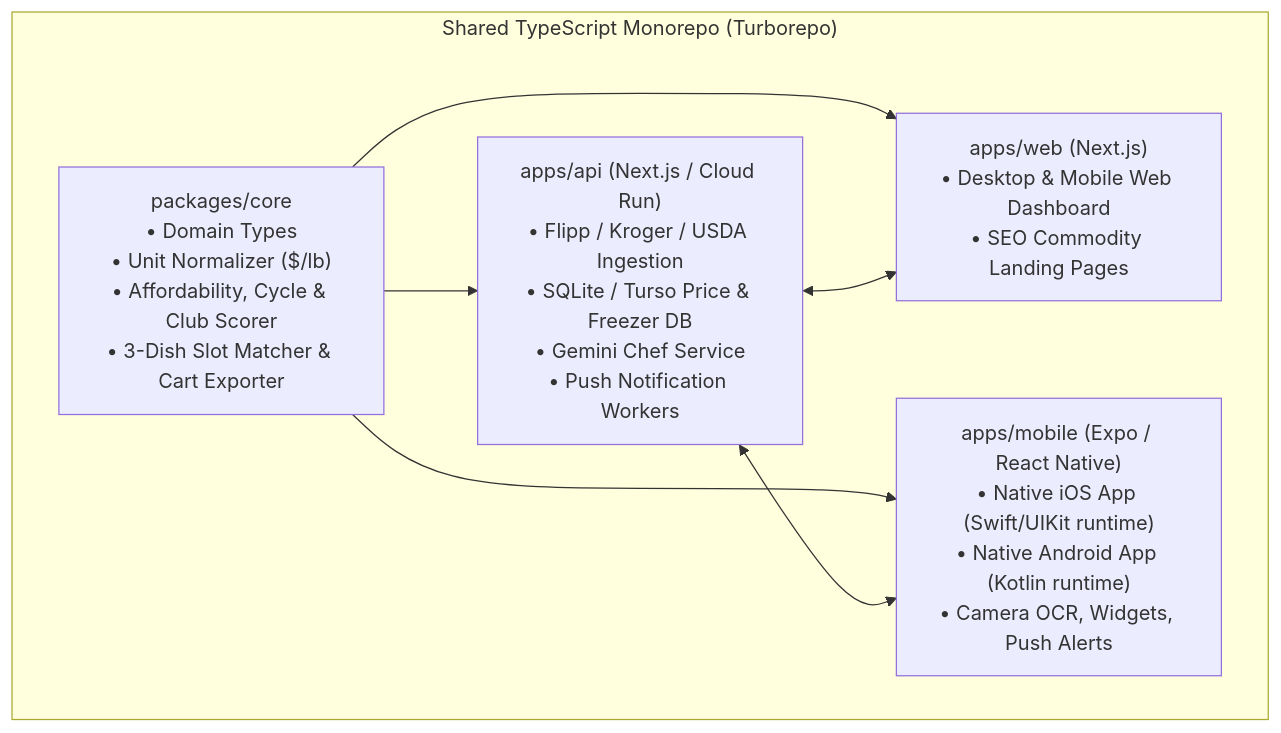
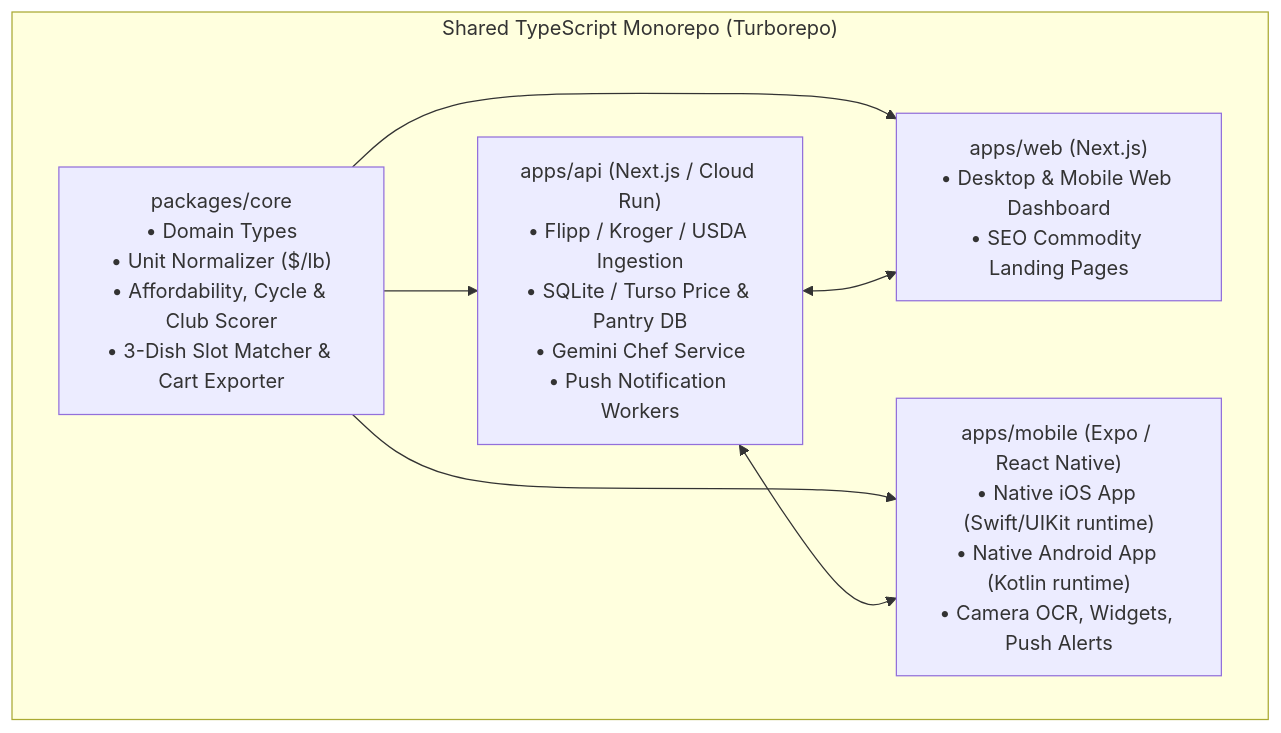
The second of 2 diagrams in docs/wiki/Long-Term-Mobile-and-Expansion-Roadmap.md (kchavez05/produce-price-tracker), drawn with Mermaid before and after one commit. The commit also changed other lines of this file and 42 other files, not shown here.

````diff
--- a/docs/wiki/Long-Term-Mobile-and-Expansion-Roadmap.md
+++ b/docs/wiki/Long-Term-Mobile-and-Expansion-Roadmap.md
@@ -51,15 +51,15 @@
 ```mermaid
 flowchart TD
     subgraph Monorepo["Shared TypeScript Monorepo (Turborepo)"]
         Core["packages/core\n• Domain Types\n• Unit Normalizer ($/lb)\n• Affordability, Cycle & Club Scorer\n• 3-Dish Slot Matcher & Cart Exporter"]
-        API["apps/api (Next.js / Cloud Run)\n• Flipp / Kroger / USDA Ingestion\n• SQLite / Turso Price & Freezer DB\n• Gemini Chef Service\n• Push Notification Workers"]
+        API["apps/api (Next.js / Cloud Run)\n• Flipp / Kroger / USDA Ingestion\n• SQLite / Turso Price & Pantry DB\n• Gemini Chef Service\n• Push Notification Workers"]
         Web["apps/web (Next.js)\n• Desktop & Mobile Web Dashboard\n• SEO Commodity Landing Pages"]
         Mobile["apps/mobile (Expo / React Native)\n• Native iOS App (Swift/UIKit runtime)\n• Native Android App (Kotlin runtime)\n• Camera OCR, Widgets, Push Alerts"]
     end
 
     Core --> API
     Core --> Web
     Core --> Mobile
     API <--> Web
     API <--> Mobile
 ```
````
